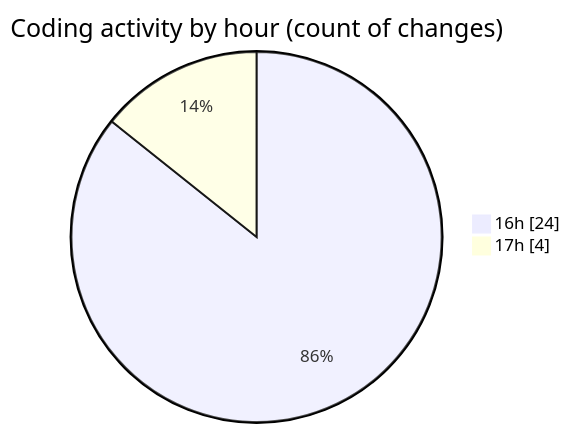
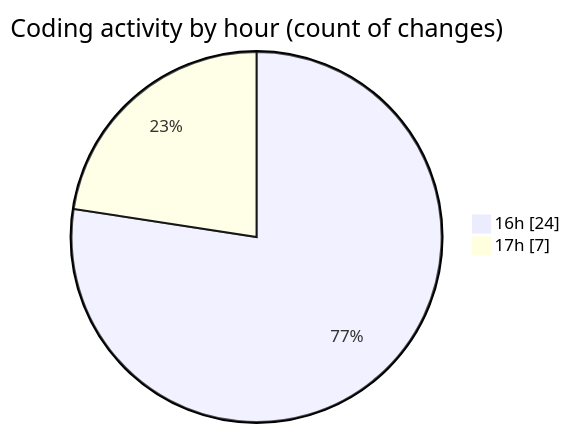
One commit to donsfak/code-tracking changed the second of 2 diagrams in 2025-01-26/trackers_app/README.md. Above: the diagram before and after it, drawn with Mermaid. The commit also changed other lines of this file and 1 other file, not shown here.

````diff
--- a/2025-01-26/trackers_app/README.md
+++ b/2025-01-26/trackers_app/README.md
@@ -34,6 +34,6 @@
 ```mermaid
 pie showData
 title Coding activity by hour (count of changes)
 "16h" : 24
-"17h" : 4
+"17h" : 7
 ```
````
